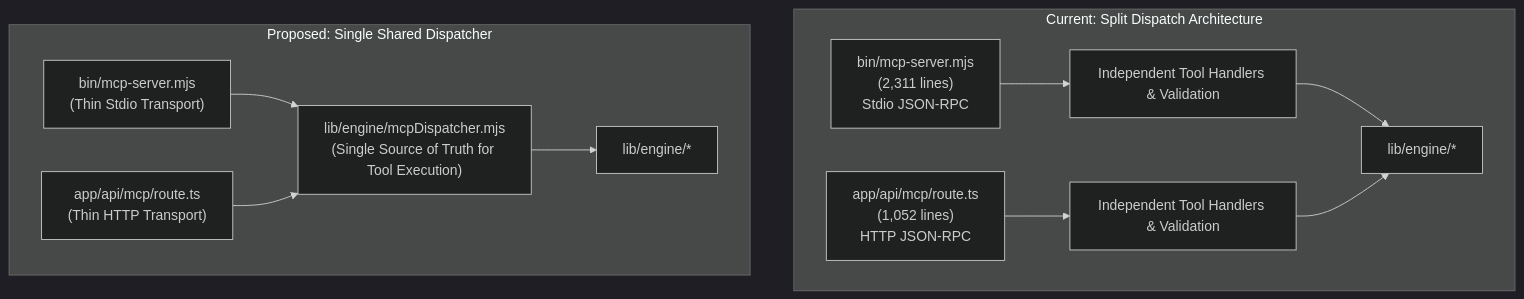
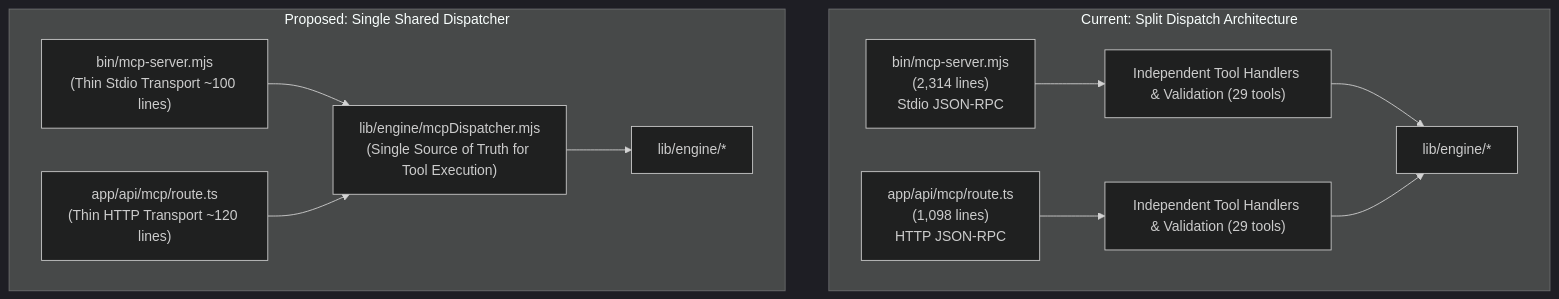
One commit to Sibasish2005/PhotoNowEngine changed the diagram in CODEBASE_CLEANUP_AND_TECHNICAL_DEBT_ANALYSIS.md. Above: the diagram before and after it, drawn with Mermaid (dark theme). The commit also changed other lines of this file and 15 other files, not shown here.

Commit message:
feat: implement multimedia MCP server with automated analysis and conversion tools

````diff
--- a/CODEBASE_CLEANUP_AND_TECHNICAL_DEBT_ANALYSIS.md
+++ b/CODEBASE_CLEANUP_AND_TECHNICAL_DEBT_ANALYSIS.md
@@ -162,23 +199,23 @@
 ```mermaid
 flowchart TD
     subgraph Current_Architecture["Current: Split Dispatch Architecture"]
-        StdioMCP["bin/mcp-server.mjs<br/>(2,311 lines)<br/>Stdio JSON-RPC"]
-        HttpMCP["app/api/mcp/route.ts<br/>(1,052 lines)<br/>HTTP JSON-RPC"]
+        StdioMCP["bin/mcp-server.mjs<br/>(2,314 lines)<br/>Stdio JSON-RPC"]
+        HttpMCP["app/api/mcp/route.ts<br/>(1,098 lines)<br/>HTTP JSON-RPC"]
         
-        StdioMCP --> StdioHandlers["Independent Tool Handlers & Validation"]
-        HttpMCP --> HttpHandlers["Independent Tool Handlers & Validation"]
+        StdioMCP --> StdioHandlers["Independent Tool Handlers & Validation (29 tools)"]
+        HttpMCP --> HttpHandlers["Independent Tool Handlers & Validation (29 tools)"]
         
         StdioHandlers --> CoreEngine["lib/engine/*"]
         HttpHandlers --> CoreEngine
     end
     
     subgraph Proposed_Architecture["Proposed: Single Shared Dispatcher"]
         SharedDispatcher["lib/engine/mcpDispatcher.mjs<br/>(Single Source of Truth for Tool Execution)"]
-        StdioTransport["bin/mcp-server.mjs<br/>(Thin Stdio Transport)"]
-        HttpTransport["app/api/mcp/route.ts<br/>(Thin HTTP Transport)"]
+        StdioTransport["bin/mcp-server.mjs<br/>(Thin Stdio Transport ~100 lines)"]
+        HttpTransport["app/api/mcp/route.ts<br/>(Thin HTTP Transport ~120 lines)"]
         
         StdioTransport --> SharedDispatcher
         HttpTransport --> SharedDispatcher
         SharedDispatcher --> CoreEngine2["lib/engine/*"]
     end
 ```
````
